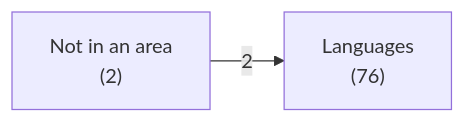
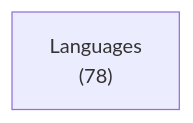
The first of 2 diagrams in docs/lib/language/haskell/depends.md (ruudkoot/rune), drawn with Mermaid before and after one commit. The commit also changed other lines of this file and 4 other files, not shown here.

Commit message:
Give CoreUnits its area, Languages, as the library's other signatures have, and generate the pages again (haskell98 M21)

````diff
--- a/docs/lib/language/haskell/depends.md
+++ b/docs/lib/language/haskell/depends.md
@@ -24,6 +24,4 @@
 ```mermaid
 flowchart LR
-  a0["Languages<br>(76)"]
-  a1["Not in an area<br>(2)"]
-  a1 -- 2 --> a0
+  a0["Languages<br>(78)"]
 ```
````
